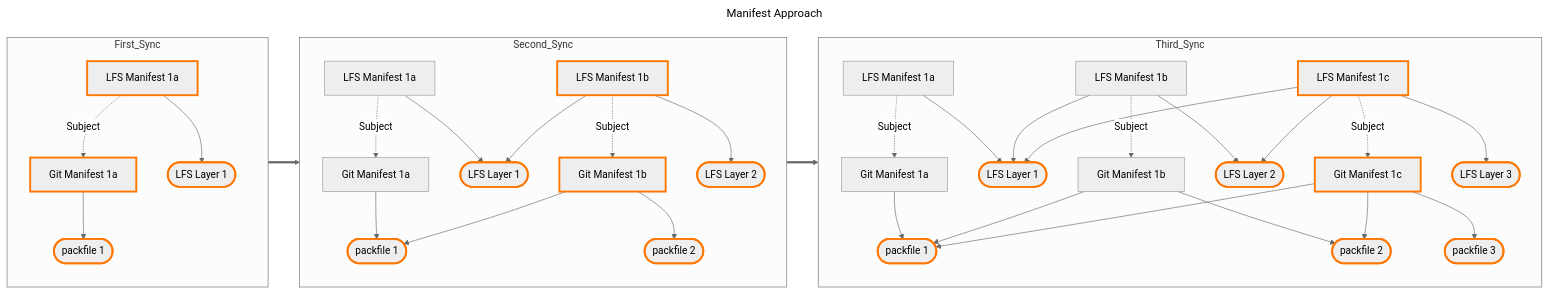
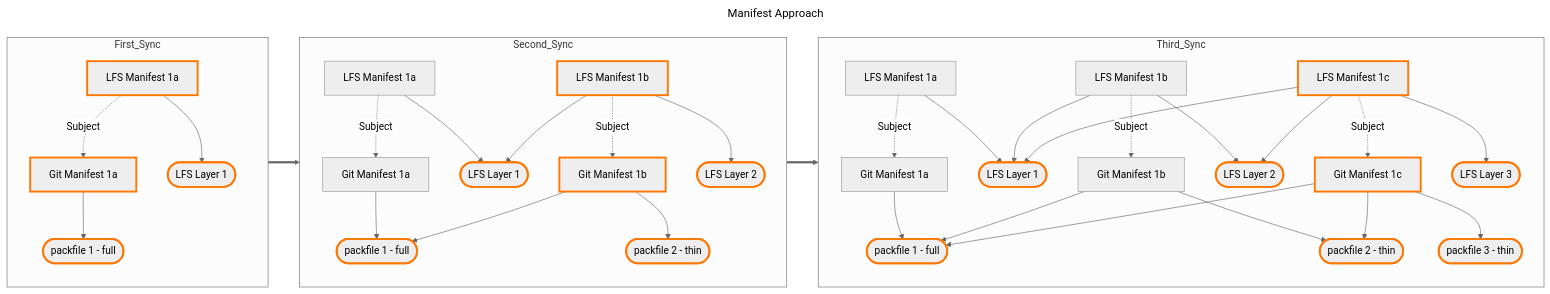
The diagram in docs/design/oci-data-model.md (act3-ai/gnoci), drawn with Mermaid (neutral theme) before and after one commit.

Commit message:
update data model mermaid chart

````diff
--- a/docs/design/oci-data-model.md
+++ b/docs/design/oci-data-model.md
@@ -219,55 +219,55 @@
 ```mermaid
 ---
 title: Manifest Approach
 ---
 
 flowchart LR
     subgraph First_Sync
     LFSM_1[LFS Manifest 1a] -.-> |Subject| SyncM_1
     LFSM_1 --> LFSL_1([LFS Layer 1])
 
-    SyncM_1[Git Manifest 1a] --> packfile_1([packfile 1])
+    SyncM_1[Git Manifest 1a] --> packfile_1([packfile 1 - full])
     end
 
     subgraph Second_Sync
     LFSM_2_a[LFS Manifest 1a] -.-> |Subject| SyncM_2_a
     LFSM_2_a --> LFSL_2_1([LFS Layer 1])
 
     LFSM_2_b[LFS Manifest 1b] -.-> |Subject| SyncM_2_b
     LFSM_2_b --> LFSL_2_1
     LFSM_2_b --> LFSL_2_2([LFS Layer 2])
 
-    SyncM_2_a[Git Manifest 1a] --> packfile_2_1([packfile 1])
+    SyncM_2_a[Git Manifest 1a] --> packfile_2_1([packfile 1 - full])
     SyncM_2_b[Git Manifest 1b] --> packfile_2_1
-    SyncM_2_b --> packfile_2_2([packfile 2])
+    SyncM_2_b --> packfile_2_2([packfile 2 - thin])
     end
 
     subgraph Third_Sync
     LFSM_3_a[LFS Manifest 1a] -.-> |Subject| SyncM_3_a
     LFSM_3_a --> LFSL_3_1([LFS Layer 1])
 
     LFSM_3_b[LFS Manifest 1b] -.-> |Subject| SyncM_3_b
     LFSM_3_b --> LFSL_3_1
     LFSM_3_b --> LFSL_3_2([LFS Layer 2])
 
     LFSM_3_c[LFS Manifest 1c] -.-> |Subject| SyncM_3_c
     LFSM_3_c --> LFSL_3_1
     LFSM_3_c --> LFSL_3_2
     LFSM_3_c --> LFSL_3_3([LFS Layer 3])
 
-    SyncM_3_a[Git Manifest 1a] --> packfile_3_1([packfile 1])
+    SyncM_3_a[Git Manifest 1a] --> packfile_3_1([packfile 1 - full])
     SyncM_3_b[Git Manifest 1b] --> packfile_3_1
     SyncM_3_c[Git Manifest 1c] --> packfile_3_1
-    SyncM_3_b --> packfile_3_2([packfile 2])
+    SyncM_3_b --> packfile_3_2([packfile 2 - thin])
     SyncM_3_c --> packfile_3_2
-    SyncM_3_c --> packfile_3_3([packfile 3])
+    SyncM_3_c --> packfile_3_3([packfile 3 - thin])
     end
 
     First_Sync ==> Second_Sync
     Second_Sync ==> Third_Sync
 
     classDef update stroke:#f70,stroke-width:3px
     class LFSM_1,SyncM_1,LFSL_1,packfile_1 update
     class LFSM_2_b,SyncM_2_b,packfile_2_2,LFSL_2_2,LFSL_2_1,packfile_2_1 update
     class packfile_3_3,SyncM_3_c,LFSM_3_c,LFSL_3_3,LFSL_3_1,LFSL_3_2,packfile_3_1,packfile_3_2 update
 ```
````
